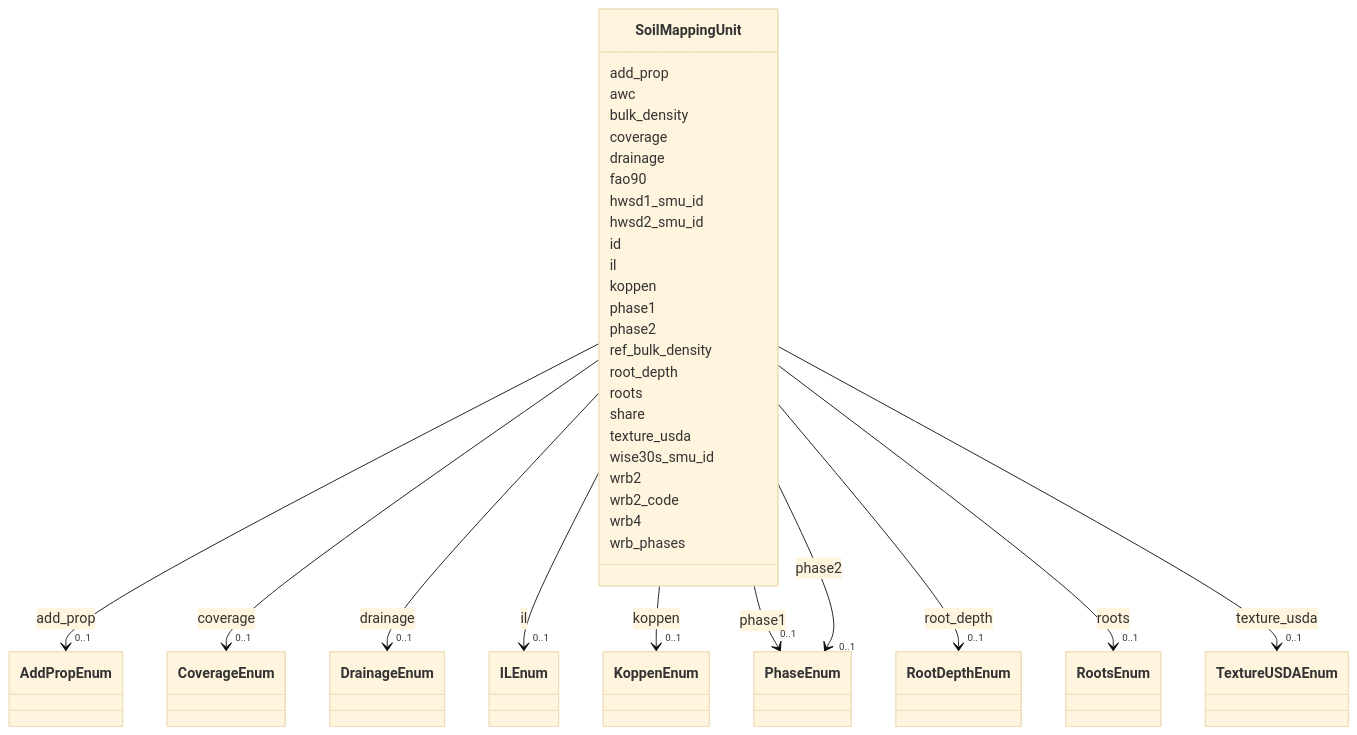
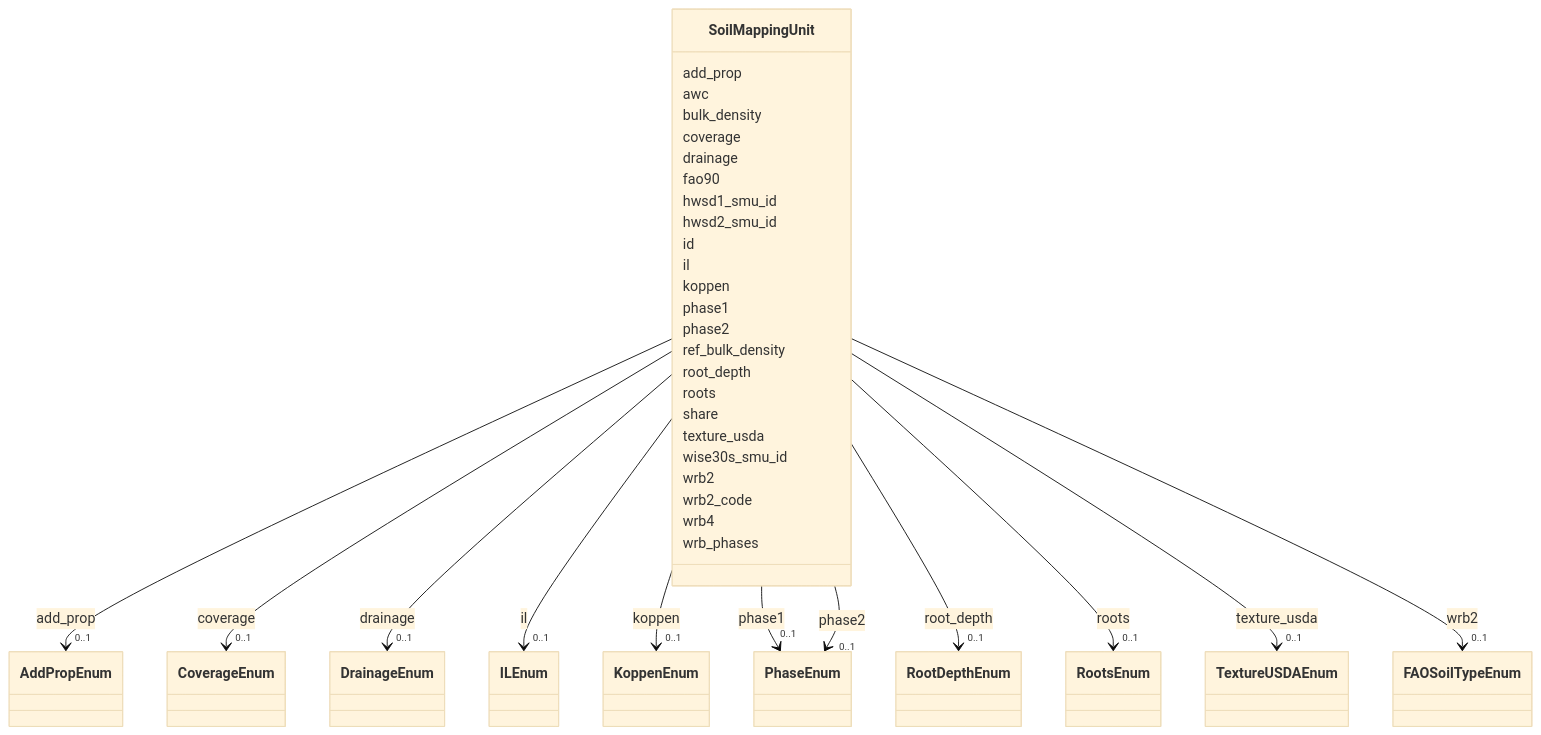
The diagram in docs/elements/SoilMappingUnit.md (bioepic-data/fao-soils), drawn with Mermaid (base theme) before and after one commit. The commit also changed other lines of this file and 9 other files, not shown here.

```diff
--- a/docs/elements/SoilMappingUnit.md
+++ b/docs/elements/SoilMappingUnit.md
@@ -153,6 +153,15 @@
         
       SoilMappingUnit : wrb2
         
+          
+    
+        
+        
+        SoilMappingUnit --> "0..1" FAOSoilTypeEnum : wrb2
+        click FAOSoilTypeEnum href "../FAOSoilTypeEnum/"
+    
+
+        
       SoilMappingUnit : wrb2_code
         
       SoilMappingUnit : wrb4
```
